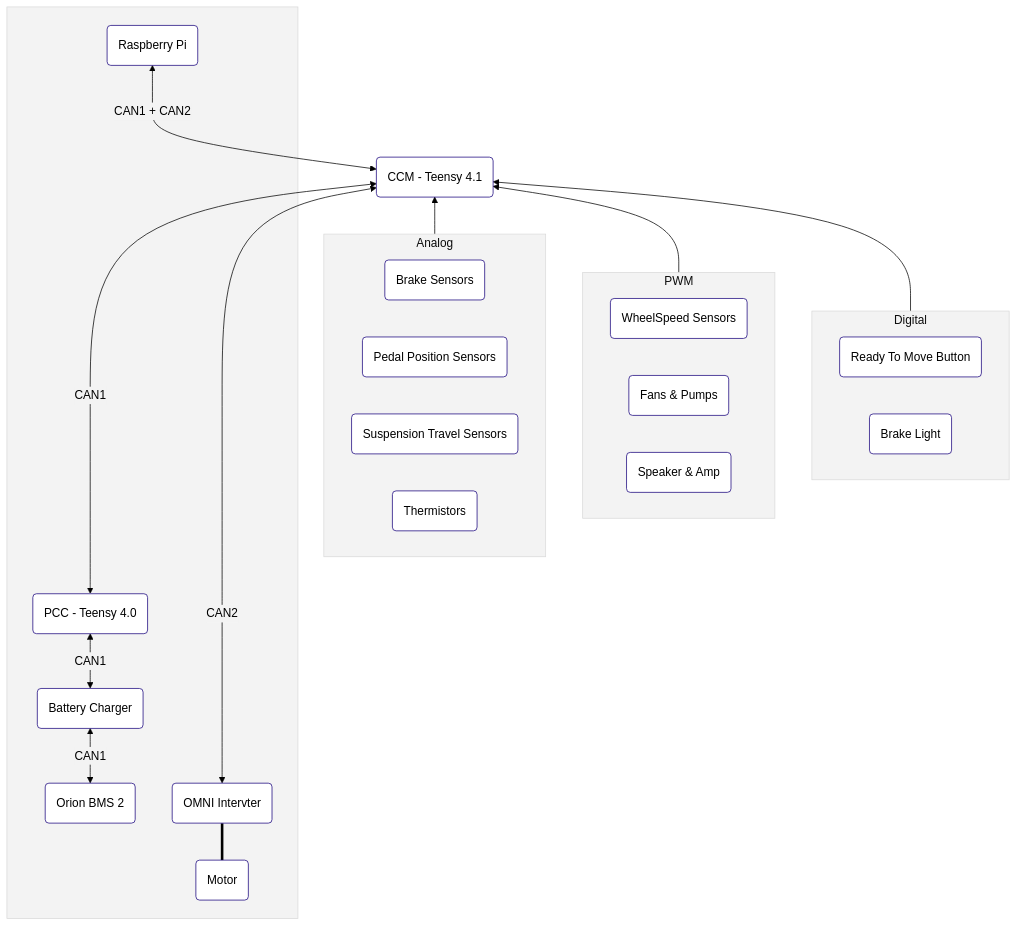
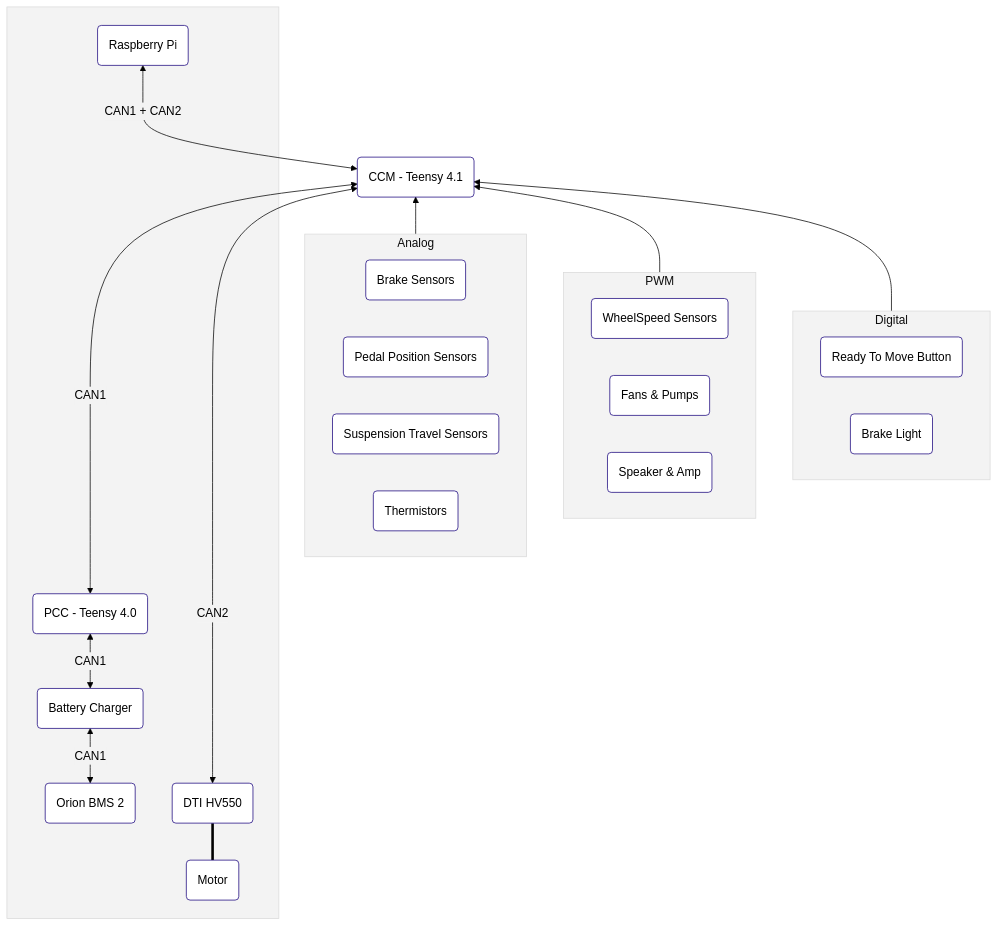
Before and after one commit to Anteater-Electric-Racing/aer-documentation: the first of 2 diagrams in src/firmware/sysarchitecture.md, drawn with Mermaid. The commit also changed 4 other files, not shown here.

````diff
--- a/src/firmware/sysarchitecture.md
+++ b/src/firmware/sysarchitecture.md
@@ -4,61 +4,61 @@
 ```mermaid
 ---
 config:
   theme: 'base'
   themeVariables:
     primaryColor: '#ffffffff'
     primaryTextColor: '#000000ff'
     primaryBorderColor: '#17007cff'
     lineColor: '#000000ff'
     secondaryColor: '#f3f3f3ff'
     tertiaryColor: '#f3f3f3ff'
 ---
 flowchart BT
     %% This is a comment for the entire diagram
 
      subgraph CAN[" "]
 
             BMS(Orion BMS 2)
             BC(Battery Charger)
             PCC(PCC - Teensy 4.0)
-            INV(OMNI Intervter)
+            INV(DTI HV550)
             RPI(Raspberry Pi)
             MOTOR(Motor) === INV
         end
 
         CCM(CCM - Teensy 4.1)
 
 
 
         %%CAN LOOP1
         BMS <--> |CAN1| BC <--> |CAN1| PCC <---> |CAN1| CCM
 
         %%CANLOOP2
         INV<-----> |CAN2|CCM<---> |CAN1 + CAN2|RPI
 
 
 
         subgraph Analog[Analog]
             direction LR
                 B(Brake Sensors)
                 A(Pedal Position Sensors)
                 LPOT(Suspension Travel Sensors)
                 TR(Thermistors)
         end
 
         subgraph PWM[PWM]
             direction LR
                 W(WheelSpeed Sensors)
                 FP(Fans & Pumps)
                 SP(Speaker & Amp)
         end
         subgraph MISC[Digital]
             direction LR
                 RTM(Ready To Move Button)
                 BL(Brake Light)
         end
 
         Analog --> CCM
         PWM --> CCM
         MISC -->CCM
 ```
````
